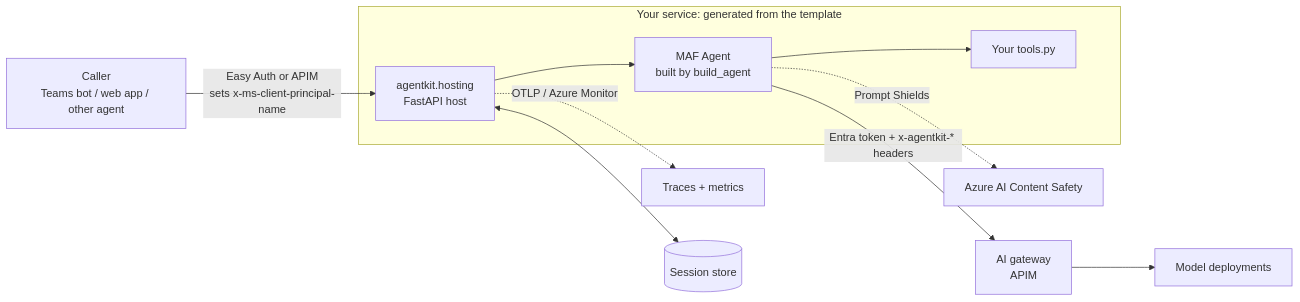
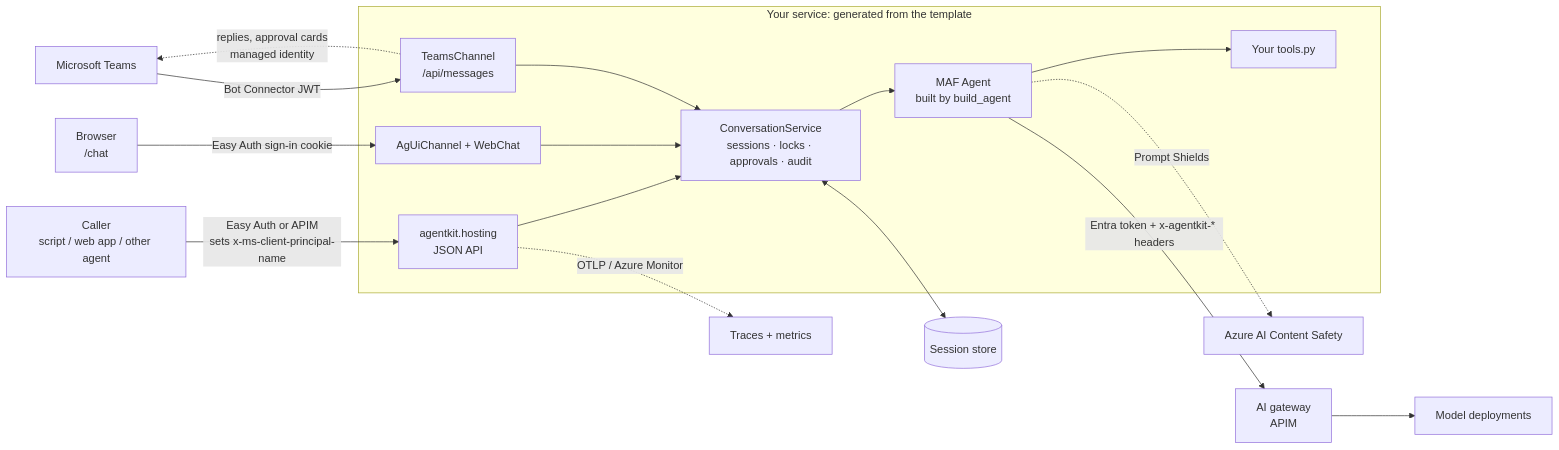
The first of 2 diagrams in docs/architecture.md (bensunder/maf-golden-path), drawn with Mermaid before and after one commit. The commit also changed other lines of this file and 17 other files, not shown here.

````diff
--- a/docs/architecture.md
+++ b/docs/architecture.md
@@ -5,13 +5,19 @@
 ```mermaid
 flowchart LR
-    U[Caller<br/>Teams bot / web app / other agent] -->|Easy Auth or APIM<br/>sets x-ms-client-principal-name| H
+    U[Caller<br/>script / web app / other agent] -->|Easy Auth or APIM<br/>sets x-ms-client-principal-name| H
+    B[Browser<br/>/chat] -->|Easy Auth sign-in cookie| W
+    TM[Microsoft Teams] -->|Bot Connector JWT| TC
     subgraph svc[Your service: generated from the template]
-      H[agentkit.hosting<br/>FastAPI host] --> A[MAF Agent<br/>built by build_agent]
+      H[agentkit.hosting<br/>JSON API] --> CS2[ConversationService<br/>sessions · locks · approvals · audit]
+      W[AgUiChannel + WebChat] --> CS2
+      TC[TeamsChannel<br/>/api/messages] --> CS2
+      CS2 --> A[MAF Agent<br/>built by build_agent]
       A --> T[Your tools.py]
     end
     A -->|Entra token + x-agentkit-* headers| G[AI gateway<br/>APIM]
     G --> M[Model deployments]
     A -.->|Prompt Shields| CS[Azure AI Content Safety]
     H -.->|OTLP / Azure Monitor| O[Traces + metrics]
-    H <--> S[(Session store)]
+    CS2 <--> S[(Session store)]
+    TC -.->|replies, approval cards<br/>managed identity| TM
 ```
````
